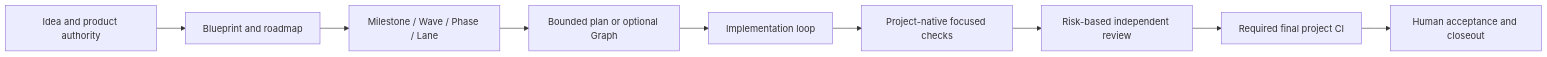
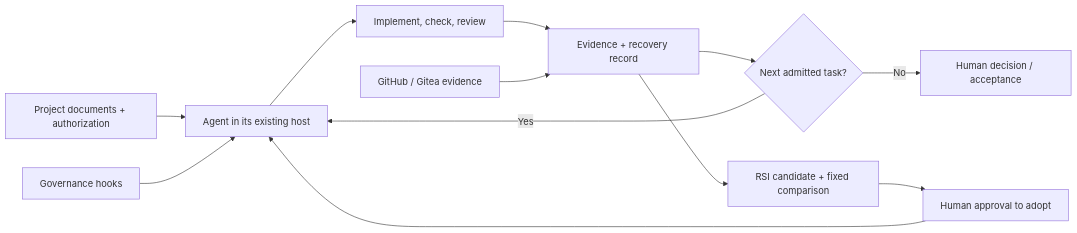
Before and after one commit to JoeKeepGo/SAGE-Kit: the diagram in README.md, drawn with Mermaid. The commit also changed other lines of this file and 1 other file, not shown here.

````diff
--- a/README.md
+++ b/README.md
@@ -40,11 +35,14 @@
 ```mermaid
 flowchart LR
-  A["Idea and product authority"] --> B["Blueprint and roadmap"]
-  B --> C["Milestone / Wave / Phase / Lane"]
-  C --> D["Bounded plan or optional Graph"]
-  D --> E["Implementation loop"]
-  E --> F["Project-native focused checks"]
-  F --> G["Risk-based independent review"]
-  G --> H["Required final project CI"]
-  H --> I["Human acceptance and closeout"]
+  D["Project documents + authorization"] --> A["Agent in its existing host"]
+  H["Governance hooks"] --> A
+  A --> W["Implement, check, review"]
+  W --> E["Evidence + recovery record"]
+  F["GitHub / Gitea evidence"] --> E
+  E --> N{"Next admitted task?"}
+  N -->|Yes| A
+  N -->|No| U["Human decision / acceptance"]
+  E --> R["RSI candidate + fixed comparison"]
+  R --> P["Human approval to adopt"]
+  P --> A
 ```
````
